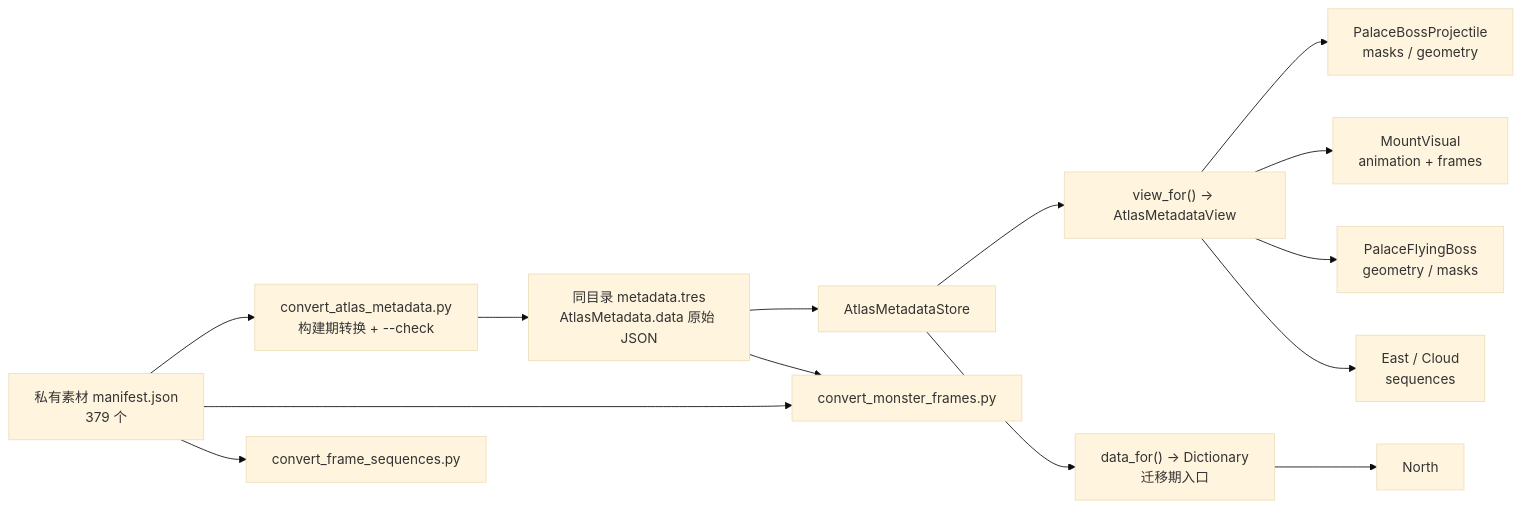
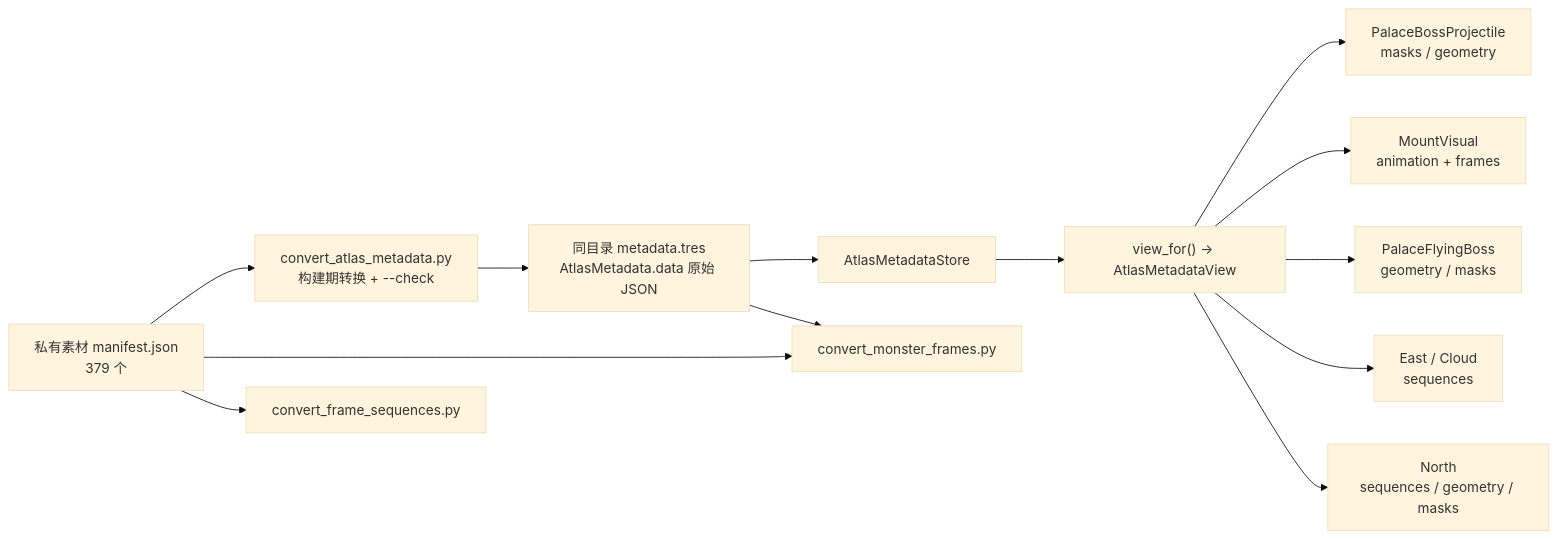
Before and after one commit to 0xnayuta/BHYH: the diagram in docs/reference/atlas_metadata_schema.md, drawn with Mermaid (base theme). The commit also changed other lines of this file and 15 other files, not shown here.

````diff
--- a/docs/reference/atlas_metadata_schema.md
+++ b/docs/reference/atlas_metadata_schema.md
@@ -10,16 +10,15 @@
 ```mermaid
 flowchart LR
     M["私有素材 manifest.json<br/>379 个"] --> C["convert_atlas_metadata.py<br/>构建期转换 + --check"]
     C --> R["同目录 metadata.tres<br/>AtlasMetadata.data 原始 JSON"]
     R --> S["AtlasMetadataStore"]
     S --> SV["view_for() -> AtlasMetadataView"]
-    S --> SD["data_for() -> Dictionary<br/>迁移期入口"]
     SV --> P["PalaceBossProjectile<br/>masks / geometry"]
     SV --> V["MountVisual<br/>animation + frames"]
     SV --> PF["PalaceFlyingBoss<br/>geometry / masks"]
     SV --> E["East / Cloud<br/>sequences"]
-    SD --> N["North"]
+    SV --> N["North<br/>sequences / geometry / masks"]
     M --> B1["convert_monster_frames.py"]
     M --> B2["convert_frame_sequences.py"]
     R --> B1
 ```
````
